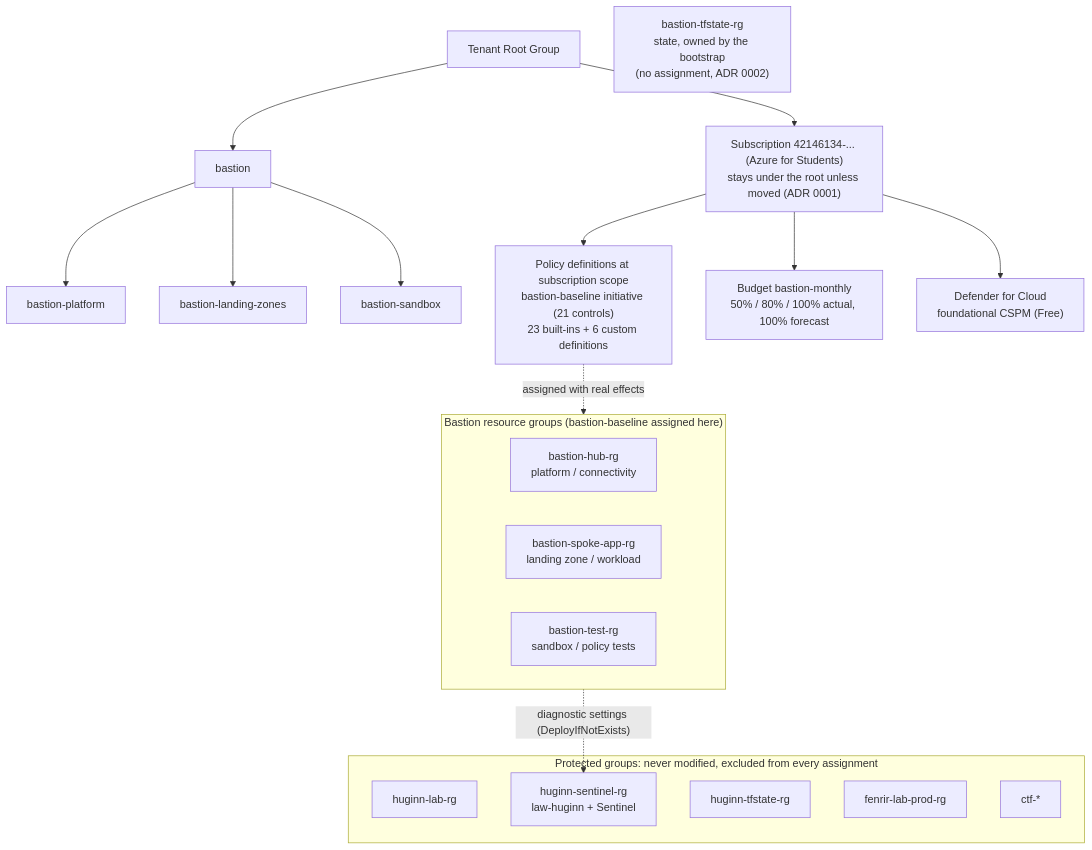
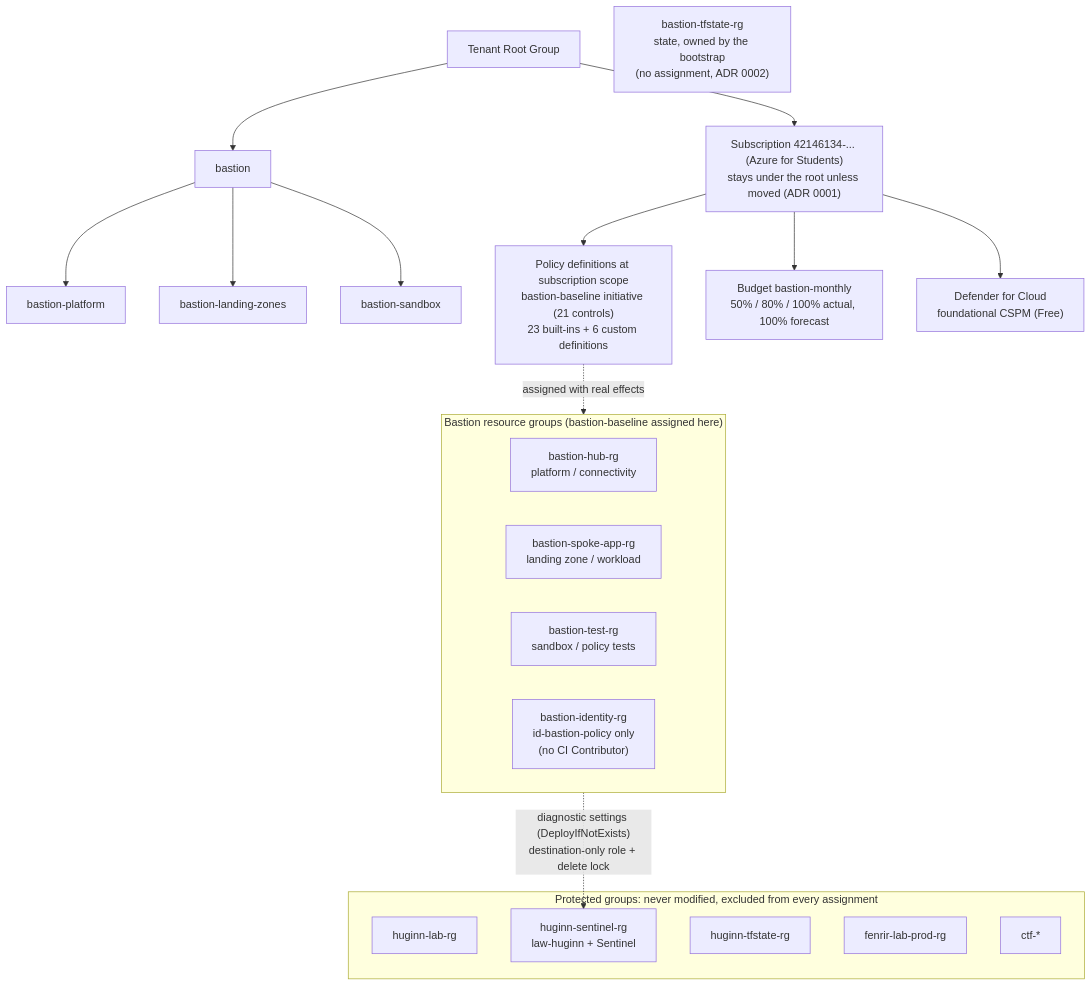
One commit to MarwenOnGit/Bastion changed the first of 3 diagrams in docs/ARCHITECTURE.md. Above: the diagram before and after it, drawn with Mermaid. The commit also changed other lines of this file and 18 other files, not shown here.

````diff
--- a/docs/ARCHITECTURE.md
+++ b/docs/ARCHITECTURE.md
@@ -8,31 +8,32 @@
 ```mermaid
 flowchart TB
   root["Tenant Root Group"]
   root --> mg["bastion"]
   mg --> plat["bastion-platform"]
   mg --> lz["bastion-landing-zones"]
   mg --> sb["bastion-sandbox"]
   root --> sub["Subscription 42146134-... (Azure for Students)<br/>stays under the root unless moved (ADR 0001)"]
 
   sub --> defs["Policy definitions at subscription scope<br/>bastion-baseline initiative (21 controls)<br/>23 built-ins + 6 custom definitions"]
   sub --> budget["Budget bastion-monthly<br/>50% / 80% / 100% actual, 100% forecast"]
   sub --> cspm["Defender for Cloud<br/>foundational CSPM (Free)"]
 
   subgraph bastion_rgs["Bastion resource groups (bastion-baseline assigned here)"]
     hub["bastion-hub-rg<br/>platform / connectivity"]
     spoke["bastion-spoke-app-rg<br/>landing zone / workload"]
     test["bastion-test-rg<br/>sandbox / policy tests"]
+    idrg["bastion-identity-rg<br/>id-bastion-policy only<br/>(no CI Contributor)"]
   end
   state["bastion-tfstate-rg<br/>state, owned by the bootstrap<br/>(no assignment, ADR 0002)"]
 
   subgraph protected["Protected groups: never modified, excluded from every assignment"]
     h1["huginn-lab-rg"]
     h2["huginn-sentinel-rg<br/>law-huginn + Sentinel"]
     h3["huginn-tfstate-rg"]
     f1["fenrir-lab-prod-rg"]
     c1["ctf-*"]
   end
 
   defs -. "assigned with real effects" .-> bastion_rgs
-  bastion_rgs -. "diagnostic settings (DeployIfNotExists)" .-> h2
+  bastion_rgs -. "diagnostic settings (DeployIfNotExists)<br/>destination-only role + delete lock" .-> h2
 ```
````
